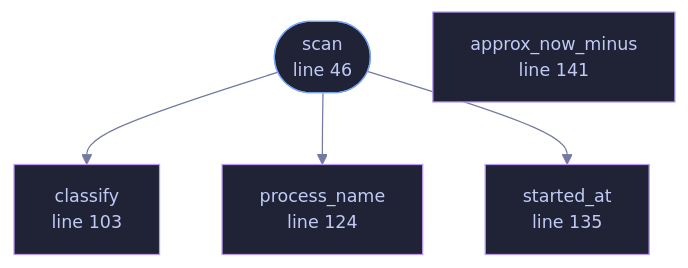
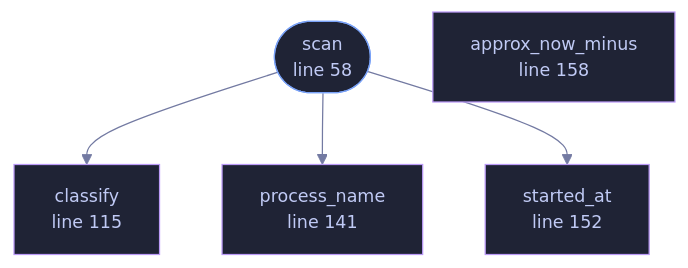
Before and after one commit to tilas01/veilvoice: the diagram in docs/files/veilvoice-watch/linux.md, drawn with Mermaid. The commit also changed other lines of this file and 130 other files, not shown here.

````diff
--- a/docs/files/veilvoice-watch/linux.md
+++ b/docs/files/veilvoice-watch/linux.md
@@ -91,21 +91,21 @@
 ```mermaid
 %%{init: {"theme":"base","themeVariables":{"background":"#1a1b26","primaryColor":"#1f2335","primaryTextColor":"#c0caf5","primaryBorderColor":"#7aa2f7","secondaryColor":"#16161e","tertiaryColor":"#16161e","lineColor":"#737aa2","textColor":"#c0caf5","mainBkg":"#1f2335","nodeBorder":"#7aa2f7","clusterBkg":"#16161e","clusterBorder":"#2f3549","fontFamily":"ui-monospace, SFMono-Regular, Consolas, monospace","fontSize":"14px"}}}%%
 flowchart TD
-    n_scan(["scan<br/>line 46"])
-    n_classify["classify<br/>line 103"]
-    n_process_name["process_name<br/>line 124"]
-    n_started_at["started_at<br/>line 135"]
-    n_approx_now_minus["approx_now_minus<br/>line 141"]
+    n_scan(["scan<br/>line 58"])
+    n_classify["classify<br/>line 115"]
+    n_process_name["process_name<br/>line 141"]
+    n_started_at["started_at<br/>line 152"]
+    n_approx_now_minus["approx_now_minus<br/>line 158"]
     n_scan --> n_classify
     n_scan --> n_process_name
     n_scan --> n_started_at
-    click n_scan href "https://github.com/tilas01/veilvoice/blob/main/crates/veilvoice-watch/src/linux.rs#L46" "open the source"
-    click n_classify href "https://github.com/tilas01/veilvoice/blob/main/crates/veilvoice-watch/src/linux.rs#L103" "open the source"
-    click n_process_name href "https://github.com/tilas01/veilvoice/blob/main/crates/veilvoice-watch/src/linux.rs#L124" "open the source"
-    click n_started_at href "https://github.com/tilas01/veilvoice/blob/main/crates/veilvoice-watch/src/linux.rs#L135" "open the source"
-    click n_approx_now_minus href "https://github.com/tilas01/veilvoice/blob/main/crates/veilvoice-watch/src/linux.rs#L141" "open the source"
+    click n_scan href "https://github.com/tilas01/veilvoice/blob/main/crates/veilvoice-watch/src/linux.rs#L58" "open the source"
+    click n_classify href "https://github.com/tilas01/veilvoice/blob/main/crates/veilvoice-watch/src/linux.rs#L115" "open the source"
+    click n_process_name href "https://github.com/tilas01/veilvoice/blob/main/crates/veilvoice-watch/src/linux.rs#L141" "open the source"
+    click n_started_at href "https://github.com/tilas01/veilvoice/blob/main/crates/veilvoice-watch/src/linux.rs#L152" "open the source"
+    click n_approx_now_minus href "https://github.com/tilas01/veilvoice/blob/main/crates/veilvoice-watch/src/linux.rs#L158" "open the source"
     classDef entry fill:#1f2335,stroke:#7aa2f7,color:#c0caf5
     class n_scan entry
     classDef helper fill:#1f2335,stroke:#bb9af7,color:#c0caf5
     class n_classify,n_process_name,n_started_at,n_approx_now_minus helper
 ```
````
